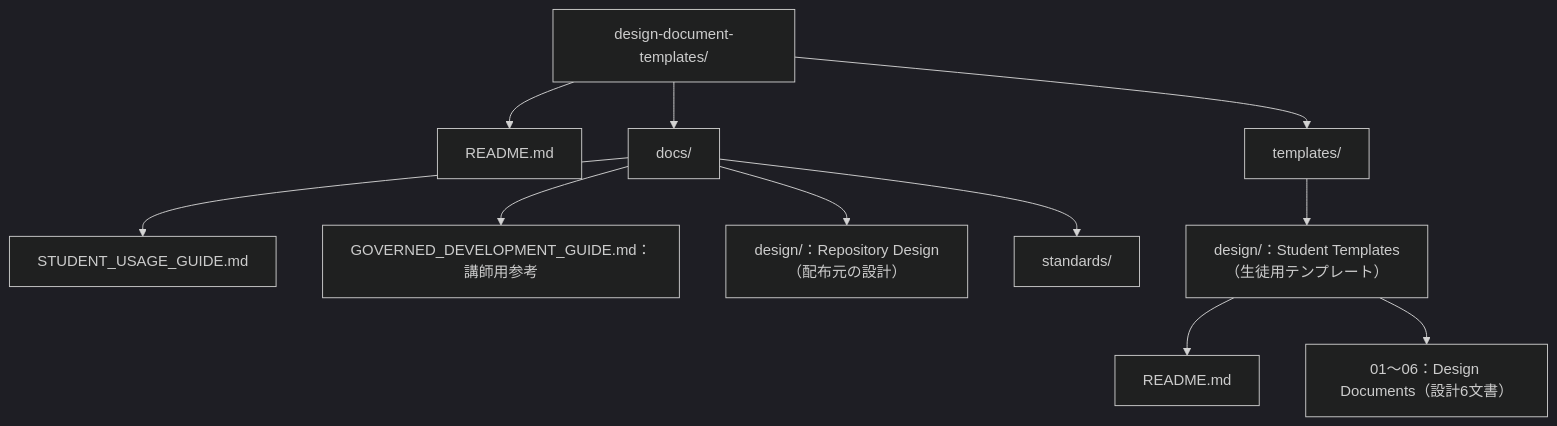
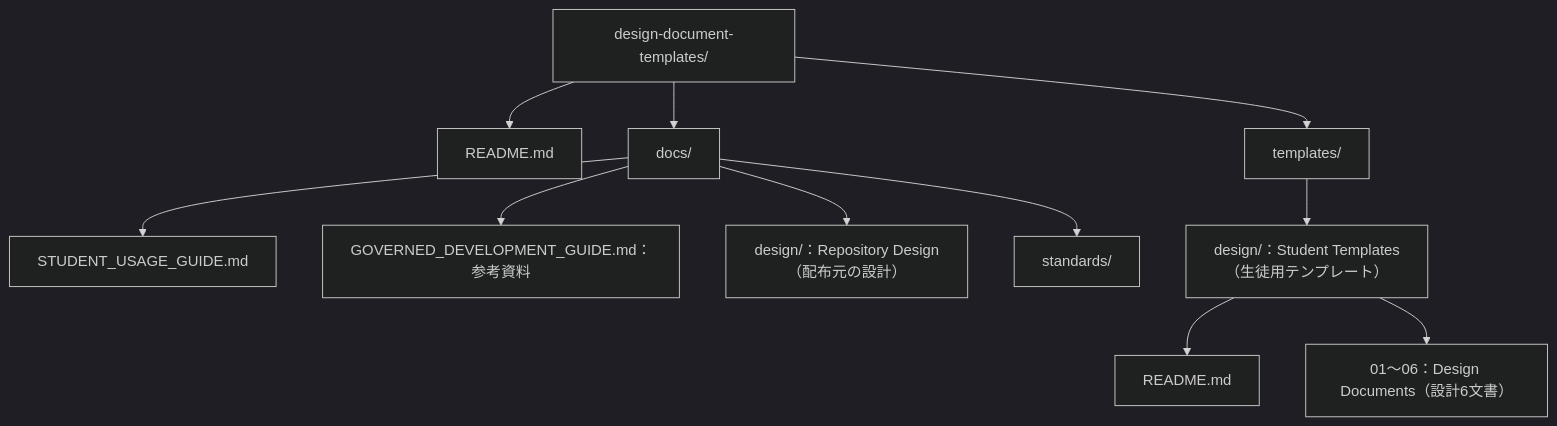
The diagram in docs/design/05_ARCHITECTURE_DESIGN.md (t-oikawa-sendai/design-document-templates), drawn with Mermaid (dark theme) before and after one commit. The commit also changed other lines of this file and 11 other files, not shown here.

````diff
--- a/docs/design/05_ARCHITECTURE_DESIGN.md
+++ b/docs/design/05_ARCHITECTURE_DESIGN.md
@@ -74,14 +74,14 @@
 ```mermaid
 flowchart TD
     R["design-document-templates/"]
     R --> ENTRY["README.md"]
     R --> DOCS["docs/"]
     R --> TEMPLATES["templates/"]
     DOCS --> GUIDE["STUDENT_USAGE_GUIDE.md"]
-    DOCS --> FUTURE["GOVERNED_DEVELOPMENT_GUIDE.md：講師用参考"]
+    DOCS --> FUTURE["GOVERNED_DEVELOPMENT_GUIDE.md：参考資料"]
     DOCS --> ADMIN["design/：Repository Design（配布元の設計）"]
     DOCS --> STANDARDS["standards/"]
     TEMPLATES --> DESIGN["design/：Student Templates（生徒用テンプレート）"]
     DESIGN --> INDEX["README.md"]
     DESIGN --> SIX["01〜06：Design Documents（設計6文書）"]
 ```
````
